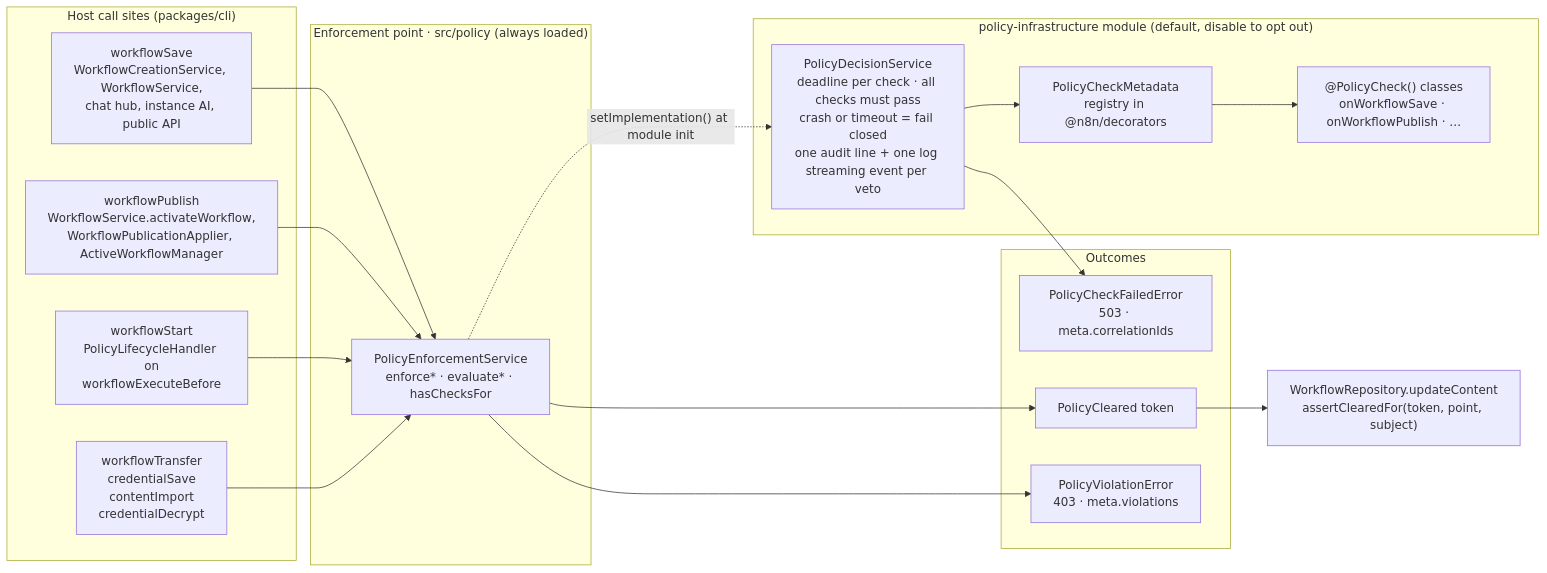
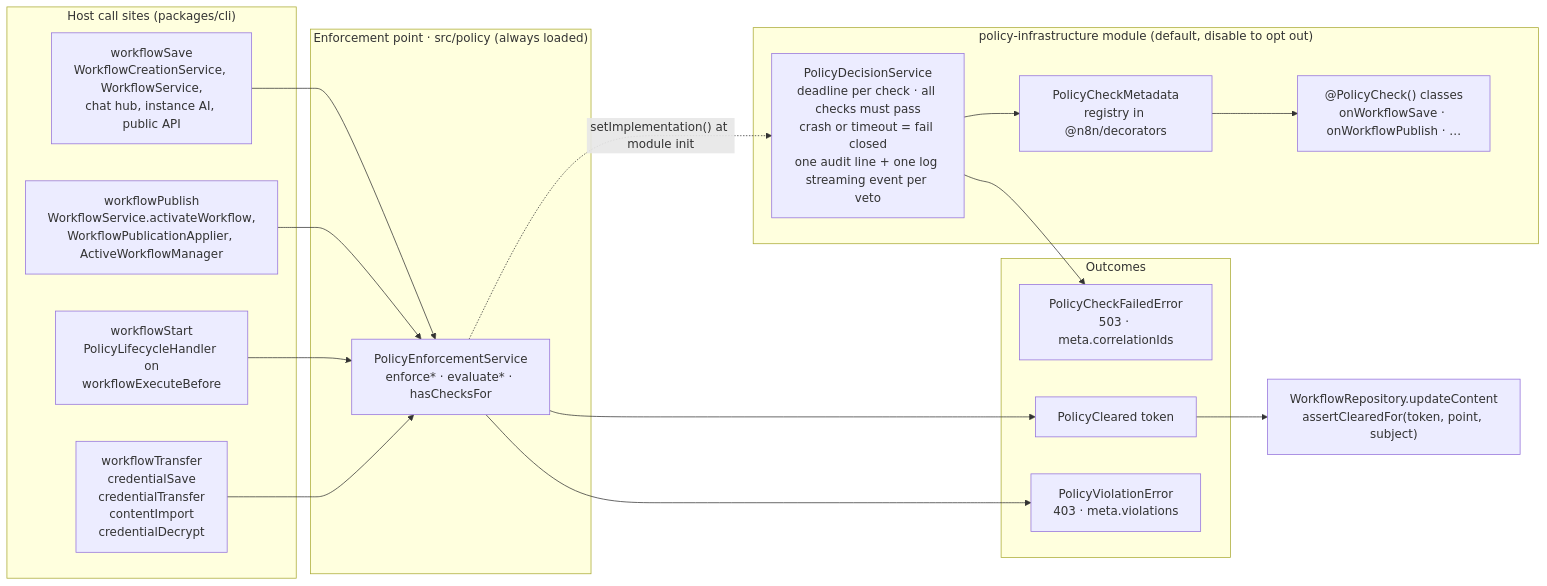
One commit to gabrielmoreira/agent-skills-mirror changed the first of 2 diagrams in mirrors/repos/n8n-io@n8n/packages/cli/src/modules/policy-infrastructure/README.md. Above: the diagram before and after it, drawn with Mermaid. The commit also changed other lines of this file and 4369 other files, not shown here.

````diff
--- a/mirrors/repos/n8n-io@n8n/packages/cli/src/modules/policy-infrastructure/README.md
+++ b/mirrors/repos/n8n-io@n8n/packages/cli/src/modules/policy-infrastructure/README.md
@@ -22,34 +22,34 @@
 ```mermaid
 flowchart LR
     subgraph hosts["Host call sites (packages/cli)"]
         save["workflowSave<br/>WorkflowCreationService, WorkflowService,<br/>chat hub, instance AI, public API"]
         publish["workflowPublish<br/>WorkflowService.activateWorkflow,<br/>WorkflowPublicationApplier, ActiveWorkflowManager"]
         start["workflowStart<br/>PolicyLifecycleHandler on<br/>workflowExecuteBefore"]
-        other["workflowTransfer<br/>credentialSave<br/>contentImport<br/>credentialDecrypt"]
+        other["workflowTransfer<br/>credentialSave<br/>credentialTransfer<br/>contentImport<br/>credentialDecrypt"]
     end
 
     subgraph pep["Enforcement point · src/policy (always loaded)"]
         pes["PolicyEnforcementService<br/>enforce* · evaluate* · hasChecksFor"]
     end
 
     subgraph module["policy-infrastructure module (default, disable to opt out)"]
         pds["PolicyDecisionService<br/>deadline per check · all checks must pass<br/>crash or timeout = fail closed<br/>one audit line + one log streaming event per veto"]
         registry["PolicyCheckMetadata<br/>registry in @n8n/decorators"]
         checks["@PolicyCheck() classes<br/>onWorkflowSave · onWorkflowPublish · …"]
     end
 
     subgraph outcomes["Outcomes"]
         cleared["PolicyCleared token"]
         violation["PolicyViolationError<br/>403 · meta.violations"]
         failed["PolicyCheckFailedError<br/>503 · meta.correlationIds"]
     end
 
     repo["WorkflowRepository.updateContent<br/>assertClearedFor(token, point, subject)"]
 
     save & publish & start & other --> pes
     pes -. "setImplementation() at module init" .-> pds
     pds --> registry --> checks
     pes --> cleared --> repo
     pes --> violation
     pds --> failed
 ```
````
